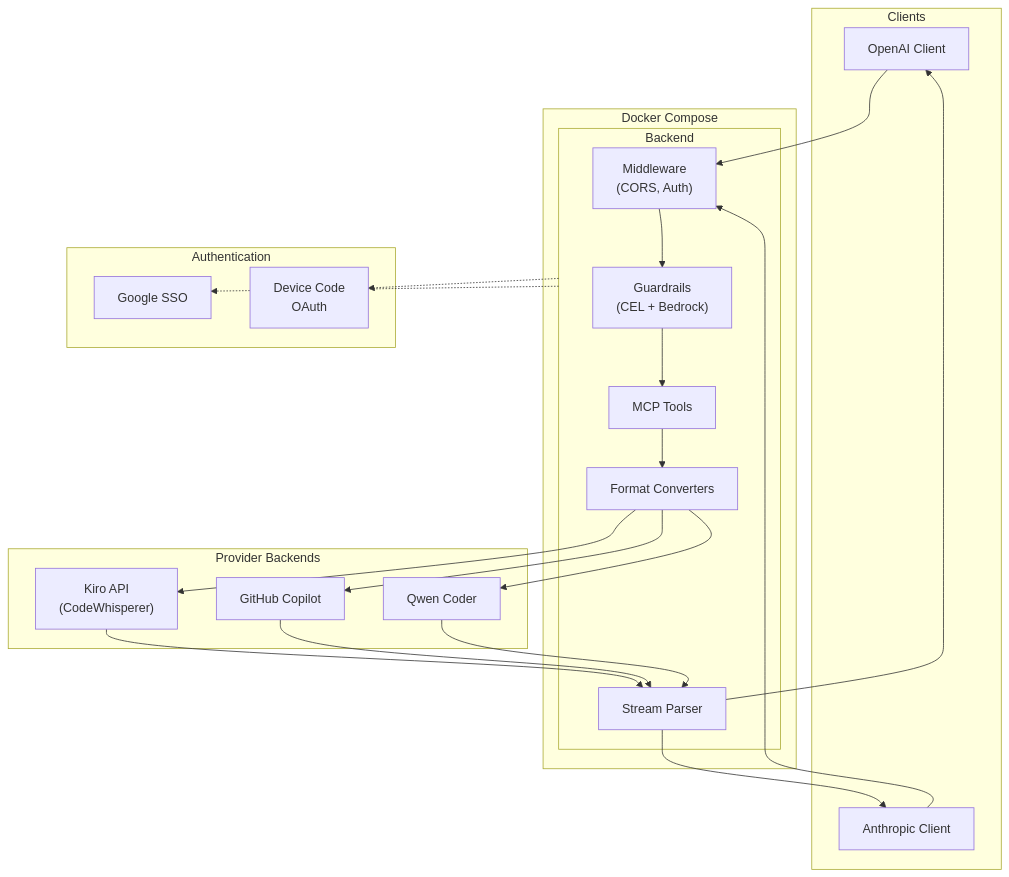
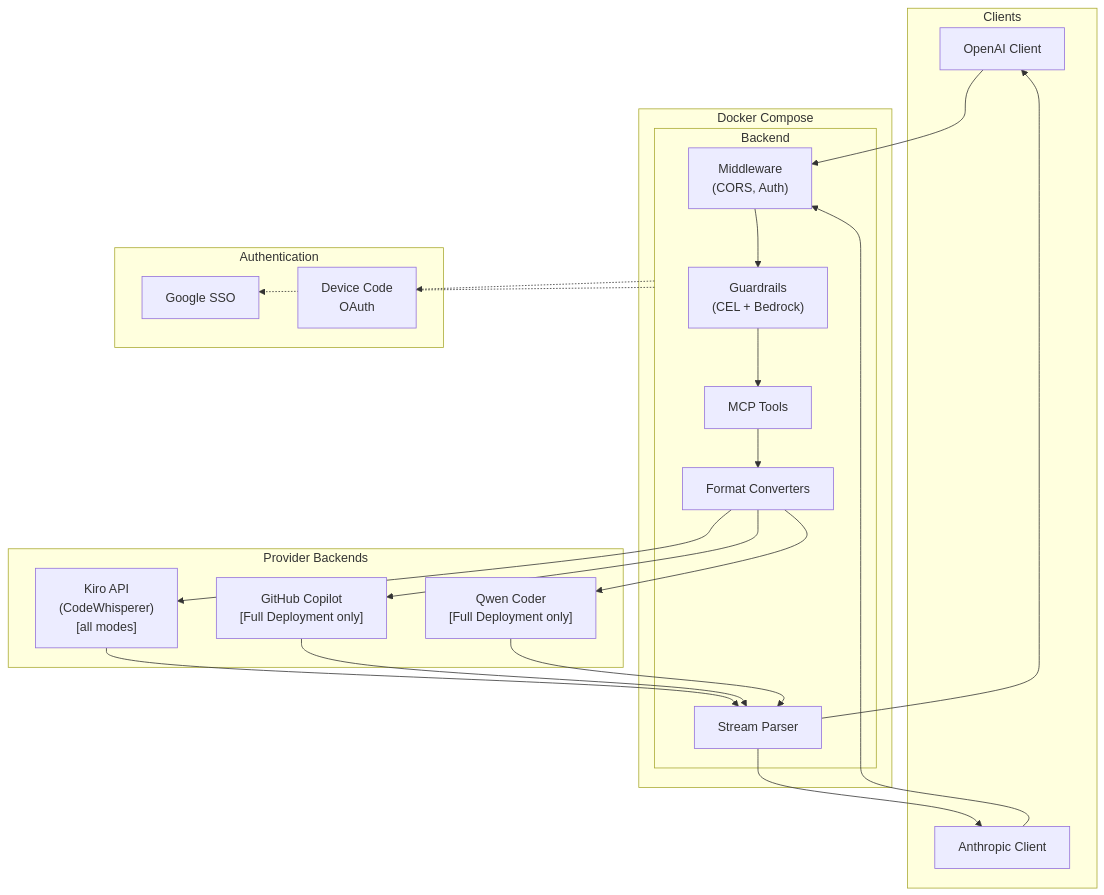
One commit to if414013/harbangan changed the diagram in gh-pages/index.md. Above: the diagram before and after it, drawn with Mermaid. The commit also changed other lines of this file and 10 other files, not shown here.

First line of the commit message:
docs(config): update all documentation for slim proxy-only mode

````diff
--- a/gh-pages/index.md
+++ b/gh-pages/index.md
@@ -46,44 +45,44 @@
 ```mermaid
 flowchart TD
     subgraph Clients
         OAI["OpenAI Client"]
         ANT["Anthropic Client"]
     end
 
     subgraph Docker["Docker Compose"]
         subgraph GW["Backend"]
             MW["Middleware\n(CORS, Auth)"]
             GUARD["Guardrails\n(CEL + Bedrock)"]
             MCP_INJ["MCP Tools"]
             CONV["Format Converters"]
             STREAM["Stream Parser"]
         end
     end
 
     subgraph Providers["Provider Backends"]
-        KIRO["Kiro API\n(CodeWhisperer)"]
-        COPILOT["GitHub Copilot"]
-        QWEN["Qwen Coder"]
+        KIRO["Kiro API\n(CodeWhisperer)\n[all modes]"]
+        COPILOT["GitHub Copilot\n[Full Deployment only]"]
+        QWEN["Qwen Coder\n[Full Deployment only]"]
     end
 
     subgraph Auth["Authentication"]
         SSO["Google SSO"]
         DEVICE["Device Code\nOAuth"]
     end
 
     OAI --> MW
     ANT --> MW
     MW --> GUARD
     GUARD --> MCP_INJ
     MCP_INJ --> CONV
     CONV --> KIRO
     CONV --> COPILOT
     CONV --> QWEN
     KIRO --> STREAM
     COPILOT --> STREAM
     QWEN --> STREAM
     STREAM --> OAI
     STREAM --> ANT
     GW -.-> SSO
     GW -.-> DEVICE
 ```
````
